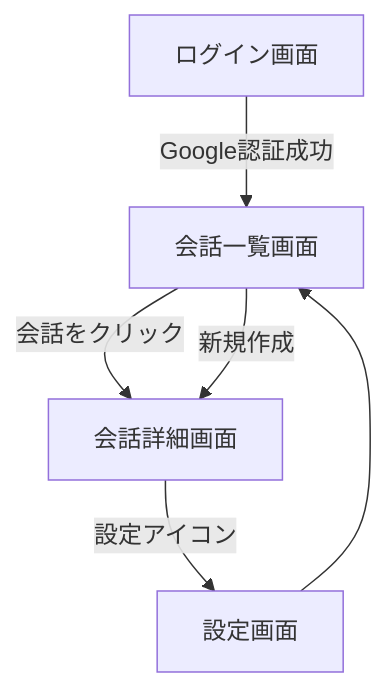
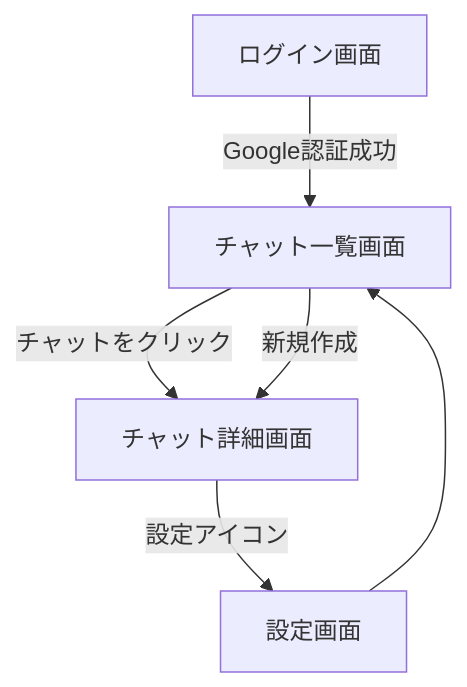
The diagram in specforhuman/ui_flow.md (Yosh1ki/branch-chatai), drawn with Mermaid before and after one commit. The commit also changed other lines of this file and 21 other files, not shown here.

Commit message:
fix: change conversation(s) to chat(s)

````diff
--- a/specforhuman/ui_flow.md
+++ b/specforhuman/ui_flow.md
@@ -12,8 +12,8 @@
 ```mermaid
 flowchart TD
-  Login[ログイン画面] -->|Google認証成功| Conversations[会話一覧画面]
-  Conversations -->|会話をクリック| ConversationDetail[会話詳細画面]
-  Conversations -->|新規作成| ConversationDetail
-  ConversationDetail -->|設定アイコン| Settings[設定画面]
-  Settings --> Conversations
+  Login[ログイン画面] -->|Google認証成功| Chats[チャット一覧画面]
+  Chats -->|チャットをクリック| ChatDetail[チャット詳細画面]
+  Chats -->|新規作成| ChatDetail
+  ChatDetail -->|設定アイコン| Settings[設定画面]
+  Settings --> Chats
 ```
````
